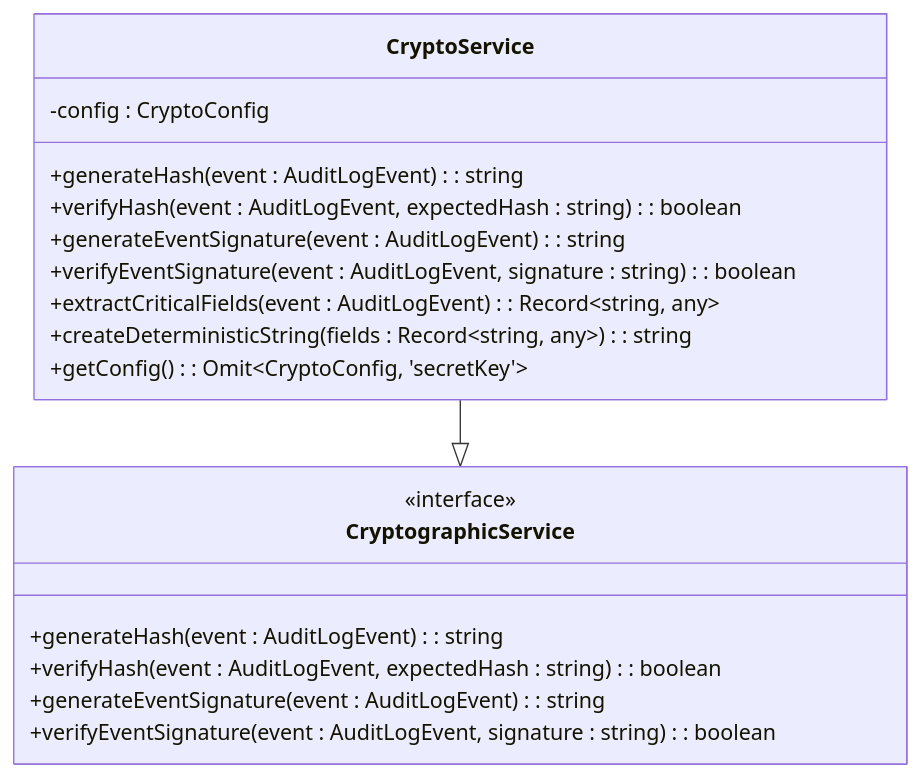
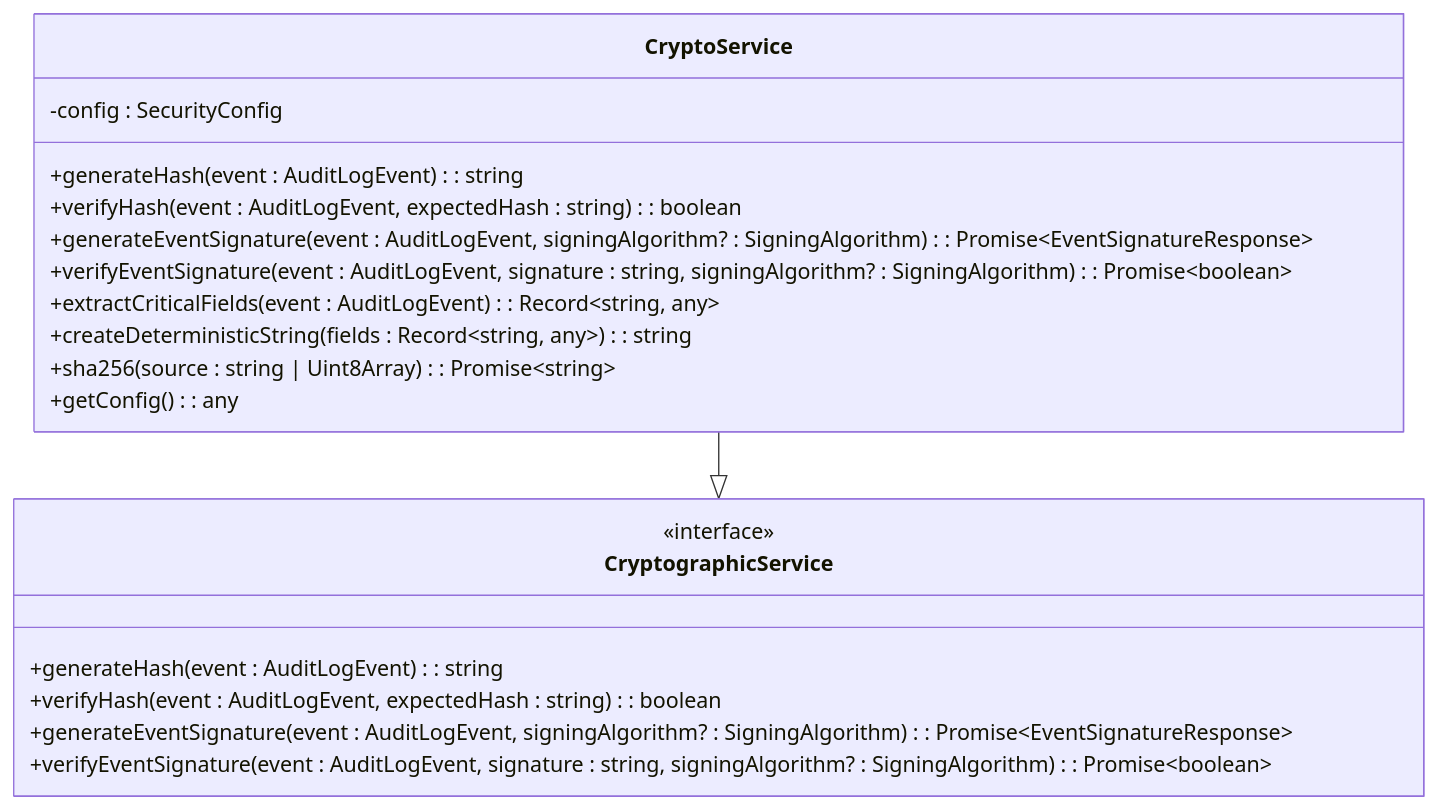
The sixth of 7 diagrams in .qoder/repowiki/en/content/Audit Core System/Audit Core System.md (smedrec/smart-logs), drawn with Mermaid before and after one commit. The commit also changed other lines of this file and 5 other files, not shown here.

First line of the commit message:
docs(security): document async event signature generation with KMS support

````diff
--- a/.qoder/repowiki/en/content/Audit Core System/Audit Core System.md
+++ b/.qoder/repowiki/en/content/Audit Core System/Audit Core System.md
@@ -319,21 +343,22 @@
 ```mermaid
 classDiagram
 class CryptoService {
--config : CryptoConfig
+-config : SecurityConfig
 +generateHash(event : AuditLogEvent) : string
 +verifyHash(event : AuditLogEvent, expectedHash : string) : boolean
-+generateEventSignature(event : AuditLogEvent) : string
-+verifyEventSignature(event : AuditLogEvent, signature : string) : boolean
++generateEventSignature(event : AuditLogEvent, signingAlgorithm? : SigningAlgorithm) : Promise~EventSignatureResponse~
++verifyEventSignature(event : AuditLogEvent, signature : string, signingAlgorithm? : SigningAlgorithm) : Promise~boolean~
 +extractCriticalFields(event : AuditLogEvent) : Record~string, any~
 +createDeterministicString(fields : Record~string, any~) : string
-+getConfig() : Omit~CryptoConfig, 'secretKey'~
++sha256(source : string | Uint8Array) : Promise~string~
++getConfig() : any
 }
 class CryptographicService {
 <<interface>>
 +generateHash(event : AuditLogEvent) : string
 +verifyHash(event : AuditLogEvent, expectedHash : string) : boolean
-+generateEventSignature(event : AuditLogEvent) : string
-+verifyEventSignature(event : AuditLogEvent, signature : string) : boolean
++generateEventSignature(event : AuditLogEvent, signingAlgorithm? : SigningAlgorithm) : Promise~EventSignatureResponse~
++verifyEventSignature(event : AuditLogEvent, signature : string, signingAlgorithm? : SigningAlgorithm) : Promise~boolean~
 }
 CryptoService --|> CryptographicService
 ```
````
